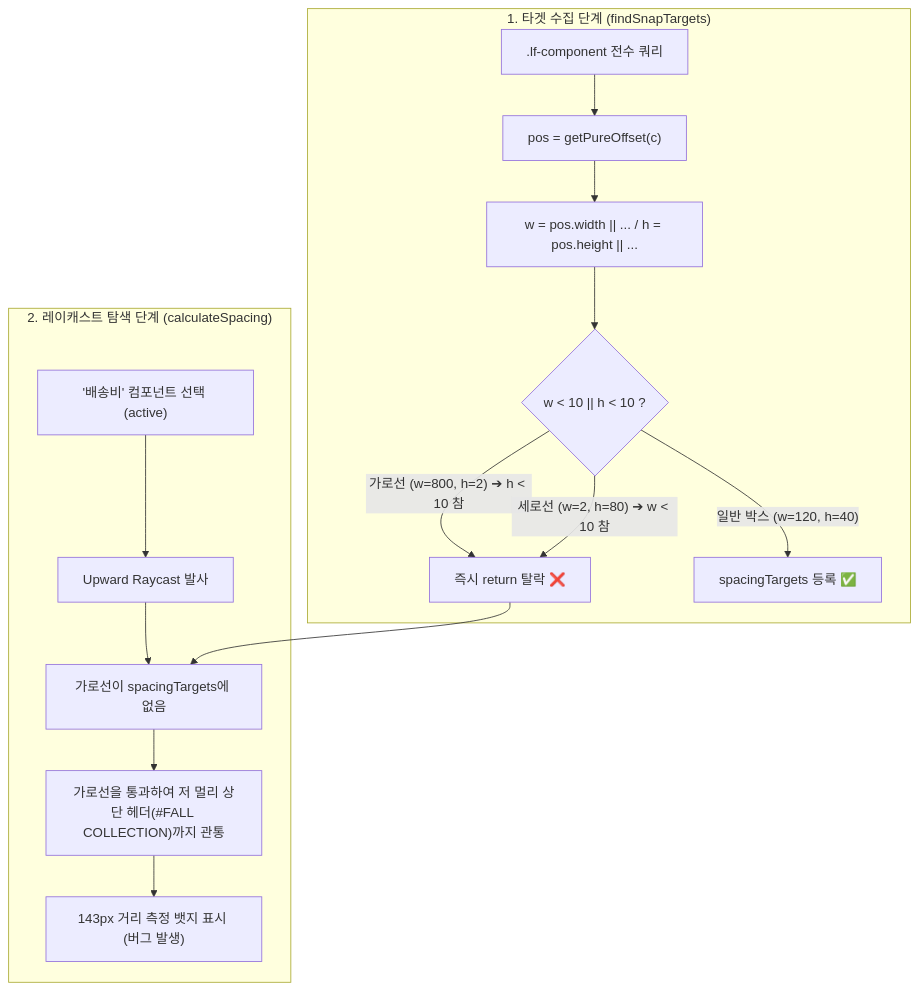
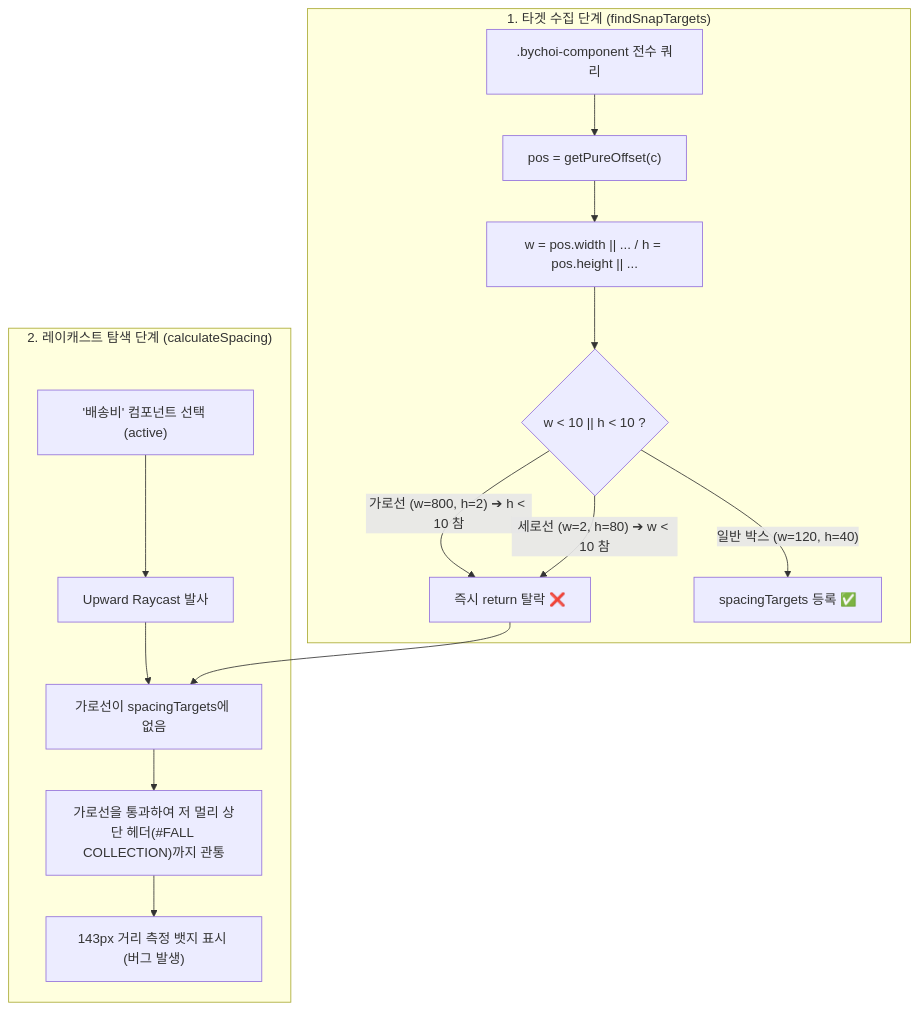
Before and after one commit to bychoi-space/workspace: the first of 2 diagrams in docs/plan_smartguide_enhancement_and_line_shape_support.md, drawn with Mermaid. The commit also changed other lines of this file and 230 other files, not shown here.

````diff
--- a/docs/plan_smartguide_enhancement_and_line_shape_support.md
+++ b/docs/plan_smartguide_enhancement_and_line_shape_support.md
@@ -28,20 +28,20 @@
 ```mermaid
 flowchart TD
     subgraph Bug Origin ["1. 타겟 수집 단계 (findSnapTargets)"]
-        A[".lf-component 전수 쿼리"] --> B["pos = getPureOffset(c)"]
+        A[".bychoi-component 전수 쿼리"] --> B["pos = getPureOffset(c)"]
         B --> C["w = pos.width || ... / h = pos.height || ..."]
         C --> D{"w < 10 || h < 10 ?"}
         D -- "가로선 (w=800, h=2) ➔ h < 10 참" --> E["즉시 return 탈락 ❌"]
         D -- "세로선 (w=2, h=80) ➔ w < 10 참" --> E
         D -- "일반 박스 (w=120, h=40)" --> F["spacingTargets 등록 ✅"]
     end
 
     subgraph Raycast Failure ["2. 레이캐스트 탐색 단계 (calculateSpacing)"]
         G["'배송비' 컴포넌트 선택 (active)"] --> H["Upward Raycast 발사"]
         H --> I["가로선이 spacingTargets에 없음"]
         I --> J["가로선을 통과하여 저 멀리 상단 헤더(#FALL COLLECTION)까지 관통"]
         J --> K["143px 거리 측정 뱃지 표시 (버그 발생)"]
     end
 
     E --> I
 ```
````
